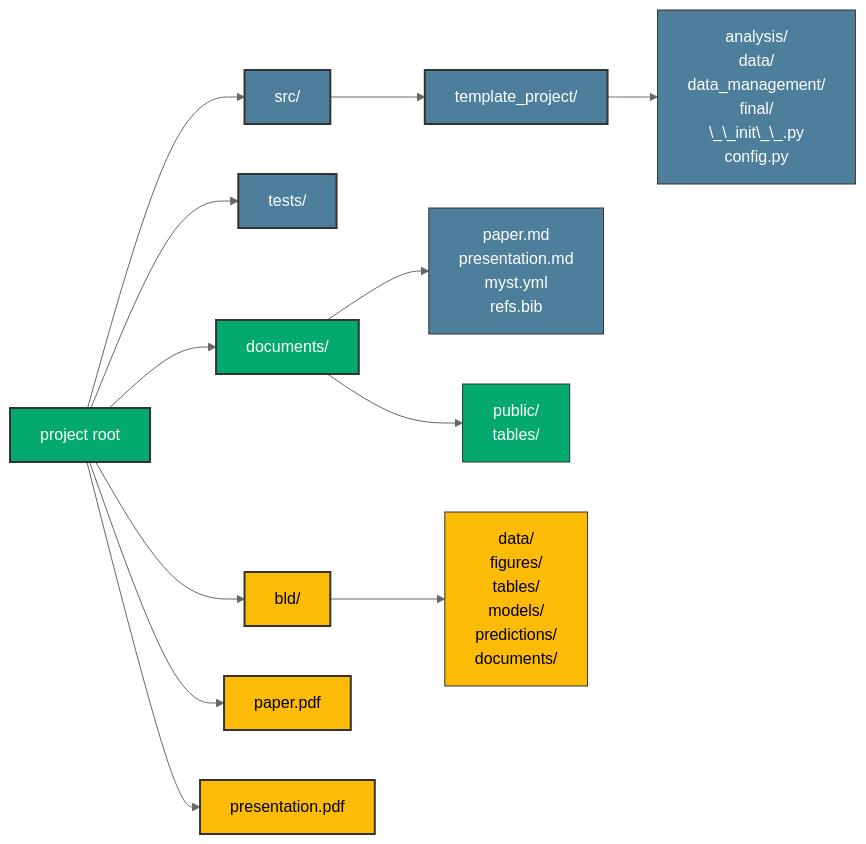
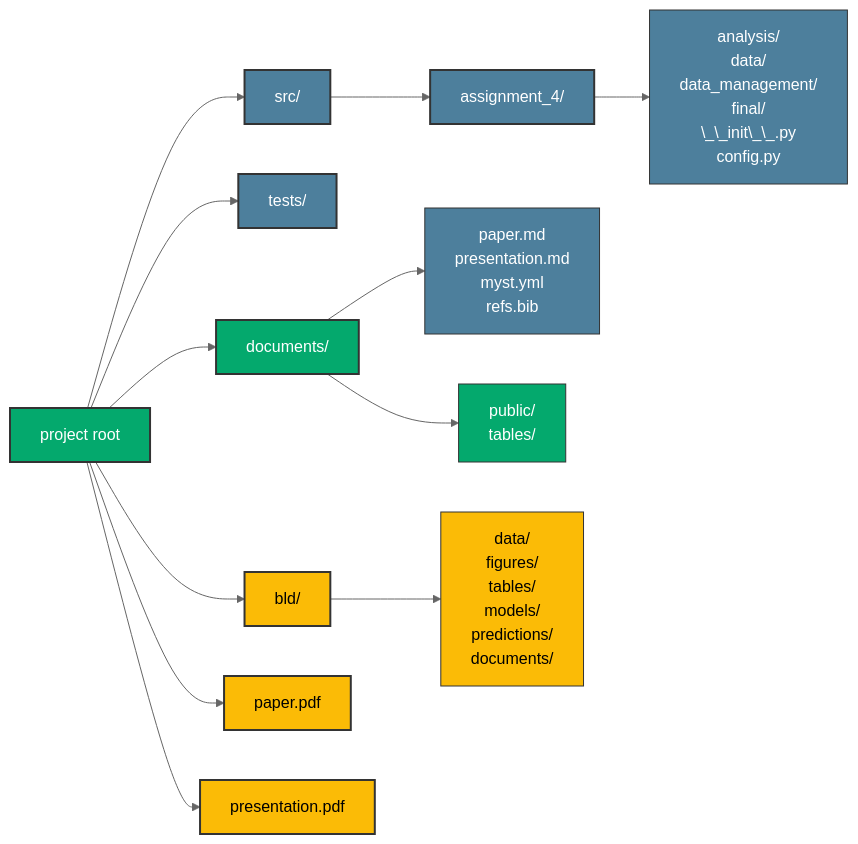
One commit to HuseinHaji/epp_helloworldteam changed the first of 2 diagrams in docs_template/source/background/directory_structure.md. Above: the diagram before and after it, drawn with Mermaid (neutral theme). The commit also changed other lines of this file and 30 other files, not shown here.

````diff
--- a/docs_template/source/background/directory_structure.md
+++ b/docs_template/source/background/directory_structure.md
@@ -10,42 +10,42 @@
 ```{mermaid}
 flowchart LR
     Root["project root"]
 
     Src["src/"]
-    SrcSub["template_project/"]
+    SrcSub["assignment_4/"]
     SrcSubDir["analysis/<br/>data/<br/>data_management/<br/>final/<br/>\_\_init\_\_.py<br/>config.py"]
     Tests["tests/"]
     Documents["documents/"]
     DocumentsSource["paper.md<br/>presentation.md<br/>myst.yml<br/>refs.bib"]
     DocumentsOutput["public/<br/>tables/"]
     Bld["bld/"]
     BldSub["data/<br/>figures/<br/>tables/<br/>models/<br/>predictions/<br/>documents/"]
     Paper["paper.pdf"]
     Presentation["presentation.pdf"]
 
     Root --> Paper
     Root --> Presentation
     Root --> Bld
     Root --> Documents
     Root --> Src
     Root --> Tests
 
     Bld --> BldSub
     Documents --> DocumentsSource
     Documents --> DocumentsOutput
     Src --> SrcSub
     SrcSub --> SrcSubDir
 
     style Root fill:#04A96D,stroke:#333,stroke-width:2px,color:#fff
     style Bld fill:#FBBB06,stroke:#333,stroke-width:2px,color:#000
     style Documents fill:#04A96D,stroke:#333,stroke-width:2px,color:#fff
     style Paper fill:#FBBB06,stroke:#333,stroke-width:2px,color:#000
     style Presentation fill:#FBBB06,stroke:#333,stroke-width:2px,color:#000
     style Src fill:#4d7f9c,stroke:#333,stroke-width:2px,color:#fff
     style Tests fill:#4d7f9c,stroke:#333,stroke-width:2px,color:#fff
     style BldSub fill:#FBBB06,stroke:#333,stroke-width:1px,color:#000
     style DocumentsSource fill:#4d7f9c,stroke:#333,stroke-width:1px,color:#fff
     style DocumentsOutput fill:#04A96D,stroke:#333,stroke-width:1px,color:#fff
     style SrcSub fill:#4d7f9c,stroke:#333,stroke-width:2px,color:#fff
     style SrcSubDir fill:#4d7f9c,stroke:#333,stroke-width:1px,color:#fff
 ```
````
